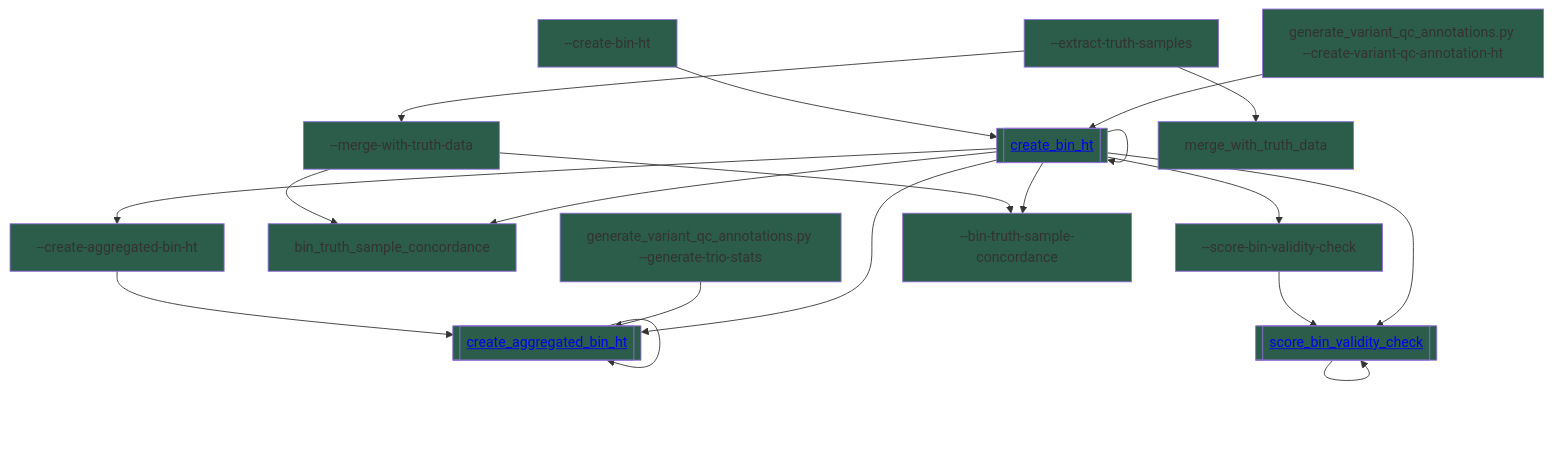
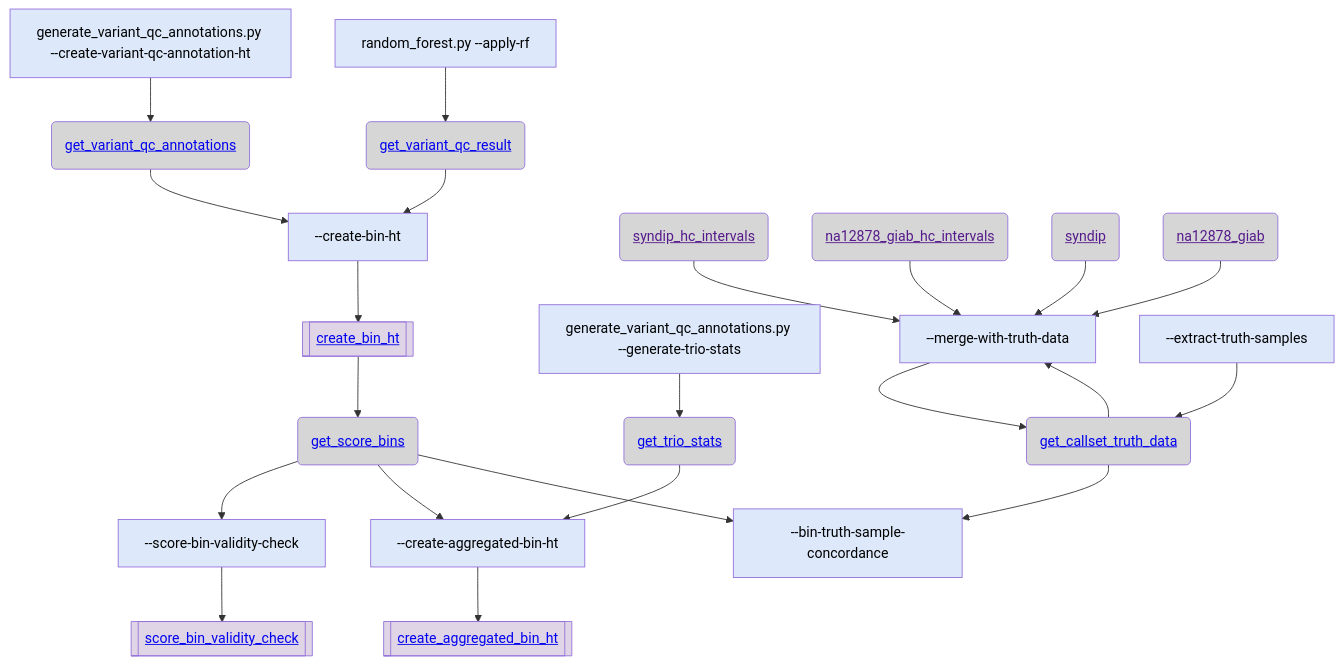
Before and after one commit to broadinstitute/gnomad_qc: the third of 5 diagrams in gnomad_qc/v4/variant_qc/README.md, drawn with Mermaid. The commit also changed other lines of this file and 6 other files, not shown here.

````diff
--- a/gnomad_qc/v4/variant_qc/README.md
+++ b/gnomad_qc/v4/variant_qc/README.md
@@ -47,28 +94,51 @@
 ```mermaid
 flowchart TB;
-  classDef script_color fill:#2C5D4A
-  classDef step_color fill:#2C5D4A
-  classDef func_color fill:#2C5D4A
-  classDef gnomad_methods_color fill:#2C5D4A
-  classDef hail_color fill:#2C5D4A
-  classDef resource_color fill:#2C5D4A
-  classDef validity_check_color fill:#2C5D4A
-  create-variant-qc-annotation-ht["generate_variant_qc_annotations.py --create-variant-qc-annotation-ht"]:::step_color --> create_bin_ht["create_bin_ht"]:::step_color;
-  create_bin_ht["create_bin_ht"]:::step_color --> create_bin_ht[["<a href='https://github.com/broadinstitute/gnomad_qc/tree/main/gnomad_qc/v4/variant_qc/evaluation.py#L42'>create_bin_ht</a>"]]:::func_color;
-  create-bin-ht["--create-bin-ht"]:::step_color --> create_bin_ht[["<a href='https://github.com/broadinstitute/gnomad_qc/tree/main/gnomad_qc/v4/variant_qc/evaluation.py#L42'>create_bin_ht</a>"]]:::func_color;
-  create_bin_ht[["<a href='https://github.com/broadinstitute/gnomad_qc/tree/main/gnomad_qc/v4/variant_qc/evaluation.py#L42'>create_bin_ht</a>"]]:::func_color --> score_bin_validity_check["score_bin_validity_check"]:::step_color;
-  score_bin_validity_check["score_bin_validity_check"]:::step_color --> score_bin_validity_check[["<a href='https://github.com/broadinstitute/gnomad_qc/tree/main/gnomad_qc/v4/variant_qc/evaluation.py#L112'>score_bin_validity_check</a>"]]:::func_color;
-  create_bin_ht[["<a href='https://github.com/broadinstitute/gnomad_qc/tree/main/gnomad_qc/v4/variant_qc/evaluation.py#L42'>create_bin_ht</a>"]]:::func_color --> create_aggregated_bin_ht["create_aggregated_bin_ht"]:::step_color;
-  create_aggregated_bin_ht["create_aggregated_bin_ht"]:::step_color --> create_aggregated_bin_ht[["<a href='https://github.com/broadinstitute/gnomad_qc/tree/main/gnomad_qc/v4/variant_qc/evaluation.py#L135'>create_aggregated_bin_ht</a>"]]:::func_color;
-  generate-trio-stats["generate_variant_qc_annotations.py --generate-trio-stats"]:::step_color --> create_aggregated_bin_ht["create_aggregated_bin_ht"]:::step_color;
-  create_bin_ht[["<a href='https://github.com/broadinstitute/gnomad_qc/tree/main/gnomad_qc/v4/variant_qc/evaluation.py#L42'>create_bin_ht</a>"]]:::func_color --> bin_truth_sample_concordance["bin_truth_sample_concordance"]:::step_color;
-  merge-with-truth-data["--merge-with-truth-data"]:::step_color --> bin_truth_sample_concordance["bin_truth_sample_concordance"]:::step_color;
-  extract-truth-samples["--extract-truth-samples"]:::step_color --> merge_with_truth_data["merge_with_truth_data"]:::step_color;
-  create_bin_ht[["<a href='https://github.com/broadinstitute/gnomad_qc/tree/main/gnomad_qc/v4/variant_qc/evaluation.py#L42'>create_bin_ht</a>"]]:::func_color --> score-bin-validity-check["--score-bin-validity-check"]:::step_color;
-  score-bin-validity-check["--score-bin-validity-check"]:::step_color --> score_bin_validity_check[["<a href='https://github.com/broadinstitute/gnomad_qc/tree/main/gnomad_qc/v4/variant_qc/evaluation.py#L112'>score_bin_validity_check</a>"]]:::func_color;
-  create_bin_ht[["<a href='https://github.com/broadinstitute/gnomad_qc/tree/main/gnomad_qc/v4/variant_qc/evaluation.py#L42'>create_bin_ht</a>"]]:::func_color --> create-aggregated-bin-ht["--create-aggregated-bin-ht"]:::step_color;
-  create-aggregated-bin-ht["--create-aggregated-bin-ht"]:::step_color --> create_aggregated_bin_ht[["<a href='https://github.com/broadinstitute/gnomad_qc/tree/main/gnomad_qc/v4/variant_qc/evaluation.py#L135'>create_aggregated_bin_ht</a>"]]:::func_color;
-  create_bin_ht[["<a href='https://github.com/broadinstitute/gnomad_qc/tree/main/gnomad_qc/v4/variant_qc/evaluation.py#L42'>create_bin_ht</a>"]]:::func_color --> bin-truth-sample-concordance["--bin-truth-sample-concordance"]:::step_color;
-  extract-truth-samples["--extract-truth-samples"]:::step_color --> merge-with-truth-data["--merge-with-truth-data"]:::step_color;
-  merge-with-truth-data["--merge-with-truth-data"]:::step_color --> bin-truth-sample-concordance["--bin-truth-sample-concordance"]:::step_color;
+  classDef script_color fill:#2C5D4A,color:#000000
+  classDef step_color fill:#DDE9FB,color:#000000
+  classDef func_color fill:#E0D5E6,color:#000000
+  classDef gnomad_methods_color fill:#F9F2CE,color:#000000
+  classDef hail_color fill:#FAEACE,color:#000000
+  classDef resource_color fill:#D6D6D6,color:#000000
+  classDef validity_check_color fill:#2C5D4A,color:#000000
+  step_create_variant_qc_annotation_ht["generate_variant_qc_annotations.py --create-variant-qc-annotation-ht"]:::step_color;
+  resource_get_variant_qc_annotations("<a href='https://github.com/broadinstitute/gnomad_qc/tree/main/gnomad_qc/v4/resources/annotations.py#L149'>get_variant_qc_annotations</a>"):::resource_color;
+  step_create_bin_ht["--create-bin-ht"]:::step_color;
+  func_create_bin_ht[["<a href='https://github.com/broadinstitute/gnomad_qc/tree/main/gnomad_qc/v4/variant_qc/evaluation.py#L42'>create_bin_ht</a>"]]:::func_color;
+  step_apply_rf["random_forest.py --apply-rf"]:::step_color;
+  resource_get_variant_qc_result("<a href='https://github.com/broadinstitute/gnomad_qc/tree/main/gnomad_qc/v4/resources/variant_qc.py#L257'>get_variant_qc_result</a>"):::resource_color;
+  resource_get_score_bins("<a href='https://github.com/broadinstitute/gnomad_qc/tree/main/gnomad_qc/v4/resources/variant_qc.py#L156'>get_score_bins</a>"):::resource_color;
+  step_score_bin_validity_check["--score-bin-validity-check"]:::step_color;
+  func_score_bin_validity_check[["<a href='https://github.com/broadinstitute/gnomad_qc/tree/main/gnomad_qc/v4/variant_qc/evaluation.py#L112'>score_bin_validity_check</a>"]]:::func_color;
+  step_create_aggregated_bin_ht["--create-aggregated-bin-ht"]:::step_color;
+  func_create_aggregated_bin_ht[["<a href='https://github.com/broadinstitute/gnomad_qc/tree/main/gnomad_qc/v4/variant_qc/evaluation.py#L135'>create_aggregated_bin_ht</a>"]]:::func_color;
+  step_generate_trio_stats["generate_variant_qc_annotations.py --generate-trio-stats"]:::step_color;
+  resource_get_trio_stats("<a href='https://github.com/broadinstitute/gnomad_qc/tree/main/gnomad_qc/v4/resources/annotations.py#L113'>get_trio_stats</a>"):::resource_color;
+  step_bin_truth_sample_concordance["--bin-truth-sample-concordance"]:::step_color;
+  step_merge_with_truth_data["--merge-with-truth-data"]:::step_color;
+  resource_get_callset_truth_data("<a href='https://github.com/broadinstitute/gnomad_qc/tree/main/gnomad_qc/v4/resources/variant_qc.py#L119'>get_callset_truth_data</a>"):::resource_color;
+  step_extract_truth_samples["--extract-truth-samples"]:::step_color;
+  resource_syndip_hc_intervals("<a href=''>syndip_hc_intervals</a>"):::resource_color;
+  resource_na12878_giab_hc_intervals("<a href=''>na12878_giab_hc_intervals</a>"):::resource_color;
+  resource_syndip("<a href=''>syndip</a>"):::resource_color;
+  resource_na12878_giab("<a href=''>na12878_giab</a>"):::resource_color;  step_create_variant_qc_annotation_ht --> resource_get_variant_qc_annotations;
+  resource_get_variant_qc_annotations --> step_create_bin_ht;
+  step_create_bin_ht --> func_create_bin_ht;
+  step_apply_rf --> resource_get_variant_qc_result;
+  resource_get_variant_qc_result --> step_create_bin_ht;
+  func_create_bin_ht --> resource_get_score_bins;
+  resource_get_score_bins --> step_score_bin_validity_check;
+  step_score_bin_validity_check --> func_score_bin_validity_check;
+  resource_get_score_bins --> step_create_aggregated_bin_ht;
+  step_create_aggregated_bin_ht --> func_create_aggregated_bin_ht;
+  step_generate_trio_stats --> resource_get_trio_stats;
+  resource_get_trio_stats --> step_create_aggregated_bin_ht;
+  resource_get_score_bins --> step_bin_truth_sample_concordance;
+  step_merge_with_truth_data --> resource_get_callset_truth_data;
+  resource_get_callset_truth_data --> step_bin_truth_sample_concordance;
+  step_extract_truth_samples --> resource_get_callset_truth_data;
+  resource_get_callset_truth_data --> step_merge_with_truth_data;
+  resource_syndip_hc_intervals --> step_merge_with_truth_data;
+  resource_na12878_giab_hc_intervals --> step_merge_with_truth_data;
+  resource_syndip --> step_merge_with_truth_data;
+  resource_na12878_giab --> step_merge_with_truth_data;
 ```
````
